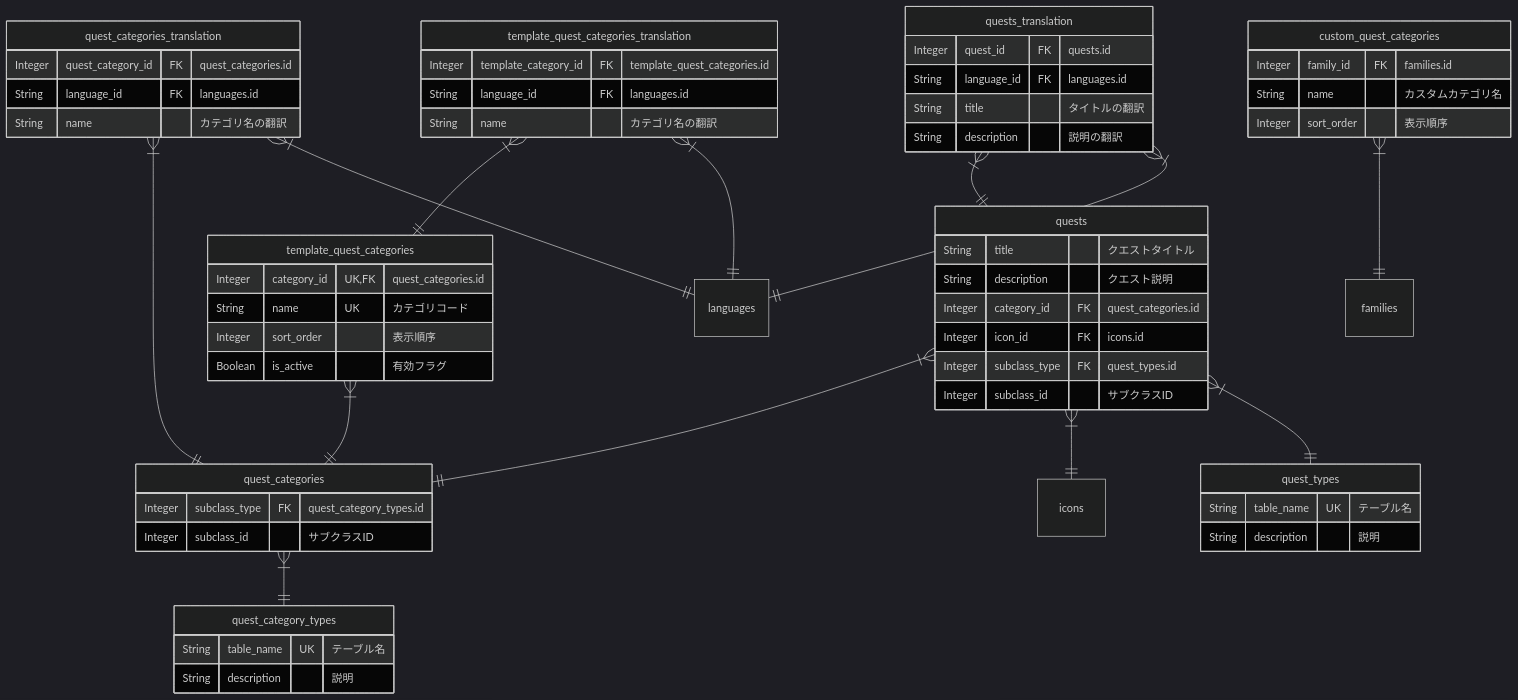
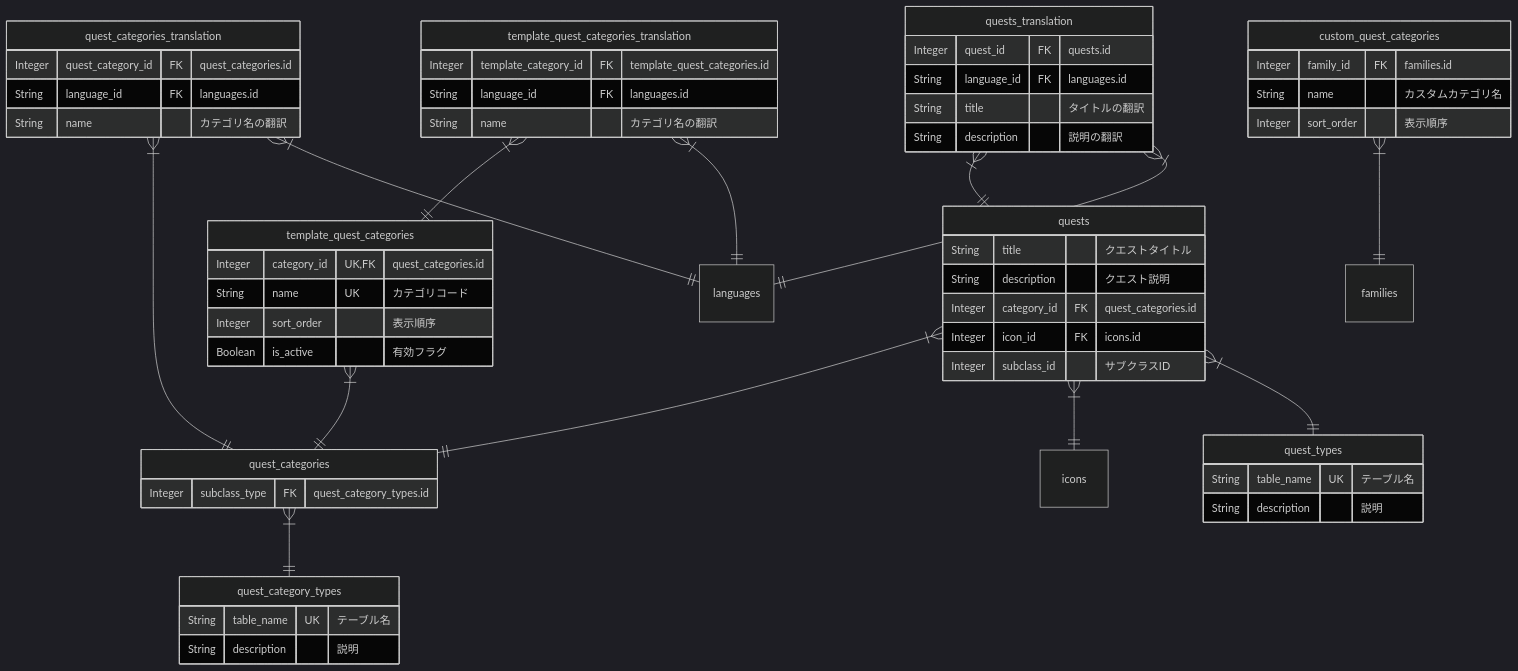
One commit to shuhei1101/allowance-questboard changed diagram 11 of 17 in apps/api/docs/ja/uml/erd.md. Above: the diagram before and after it, drawn with Mermaid (dark theme). The commit also changed other lines of this file and 17 other files, not shown here.

````diff
--- a/apps/api/docs/ja/uml/erd.md
+++ b/apps/api/docs/ja/uml/erd.md
@@ -377,73 +374,71 @@
 ```mermaid
 %% quest/definition
 erDiagram
     quests {
         String title "クエストタイトル"
         String description "クエスト説明"
         Integer category_id FK "quest_categories.id"
         Integer icon_id FK "icons.id"
-        Integer subclass_type FK "quest_types.id"
         Integer subclass_id "サブクラスID"
     }
 
     quests_translation {
         Integer quest_id FK "quests.id"
         String language_id FK "languages.id"
         String title "タイトルの翻訳"
         String description "説明の翻訳"
     }
 
     quest_categories {
         Integer subclass_type FK "quest_category_types.id"
-        Integer subclass_id "サブクラスID"
     }
 
     quest_categories_translation {
         Integer quest_category_id FK "quest_categories.id"
         String language_id FK "languages.id"
         String name "カテゴリ名の翻訳"
     }
 
     quest_category_types {
         String table_name UK "テーブル名"
         String description "説明"
     }
 
     quest_types {
         String table_name UK "テーブル名"
         String description "説明"
     }
 
     template_quest_categories {
         Integer category_id UK,FK "quest_categories.id"
         String name UK "カテゴリコード"
         Integer sort_order "表示順序"
         Boolean is_active "有効フラグ"
     }
 
     template_quest_categories_translation {
         Integer template_category_id FK "template_quest_categories.id"
         String language_id FK "languages.id"
         String name "カテゴリ名の翻訳"
     }
 
     custom_quest_categories {
         Integer family_id FK "families.id"
         String name "カスタムカテゴリ名"
         Integer sort_order "表示順序"
     }
 
     %% Relationships
     quests }|--|| quest_categories: ""
     quests }|--|| icons: ""
     quests }|--|| quest_types: ""
     quests_translation }|--|| quests: ""
     quests_translation }|--|| languages: ""
     quest_categories }|--|| quest_category_types: ""
     quest_categories_translation }|--|| quest_categories: ""
     quest_categories_translation }|--|| languages: ""
     template_quest_categories }|--|| quest_categories: ""
     template_quest_categories_translation }|--|| template_quest_categories: ""
     template_quest_categories_translation }|--|| languages: ""
     custom_quest_categories }|--|| families: ""
 ```
````
